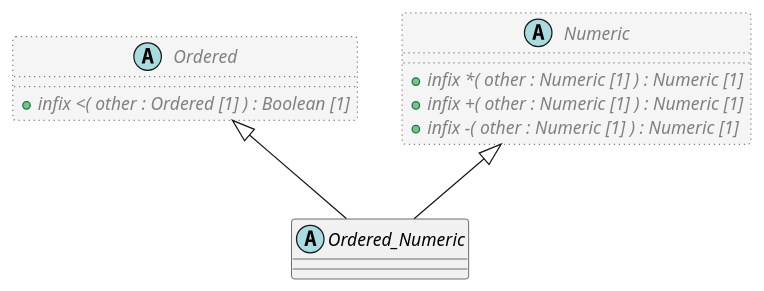
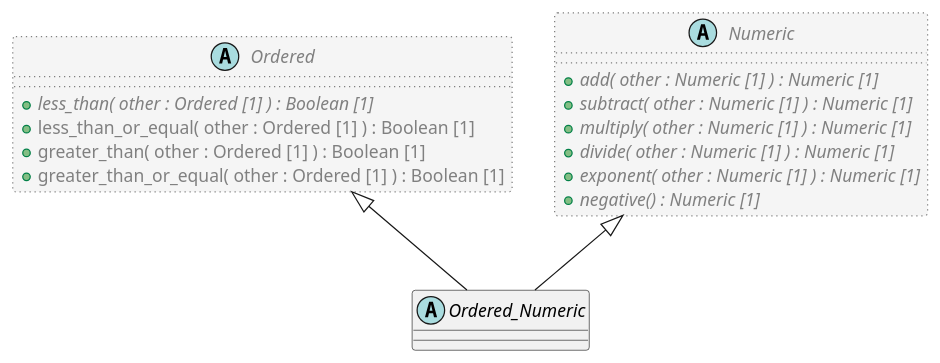
The diagram in code/Adoc/openehr_base_1.2.0/plantUML/classes/org.openehr.base.foundation_types.ordered_numeric.adoc (sebastian-iancu/code-generator), drawn with PlantUML before and after one commit. The commit also changed 719 other files, not shown here.

```diff
--- a/code/Adoc/openehr_base_1.2.0/plantUML/classes/org.openehr.base.foundation_types.ordered_numeric.adoc
+++ b/code/Adoc/openehr_base_1.2.0/plantUML/classes/org.openehr.base.foundation_types.ordered_numeric.adoc
@@ -1,24 +1,30 @@
 [plantuml,Ordered_Numeric,format=svg,svg-type="inline"]
 -----
 @startuml
 
 abstract class Ordered_Numeric {
 }
 
 abstract class Ordered  #whitesmoke;line:gray;line.dotted;text:gray {
-  + {abstract} infix <( other : Ordered [1] ) : Boolean [1]
+  + {abstract} less_than( other : Ordered [1] ) : Boolean [1]
+  + less_than_or_equal( other : Ordered [1] ) : Boolean [1]
+  + greater_than( other : Ordered [1] ) : Boolean [1]
+  + greater_than_or_equal( other : Ordered [1] ) : Boolean [1]
 }
 
 Ordered <|-- Ordered_Numeric
 
 abstract class Numeric  #whitesmoke;line:gray;line.dotted;text:gray {
-  + {abstract} infix *( other : Numeric [1] ) : Numeric [1]
-  + {abstract} infix +( other : Numeric [1] ) : Numeric [1]
-  + {abstract} infix -( other : Numeric [1] ) : Numeric [1]
+  + {abstract} add( other : Numeric [1] ) : Numeric [1]
+  + {abstract} subtract( other : Numeric [1] ) : Numeric [1]
+  + {abstract} multiply( other : Numeric [1] ) : Numeric [1]
+  + {abstract} divide( other : Numeric [1] ) : Numeric [1]
+  + {abstract} exponent( other : Numeric [1] ) : Numeric [1]
+  + {abstract} negative() : Numeric [1]
 }
 
 Numeric <|-- Ordered_Numeric
 
 
 @enduml
 -----
```
